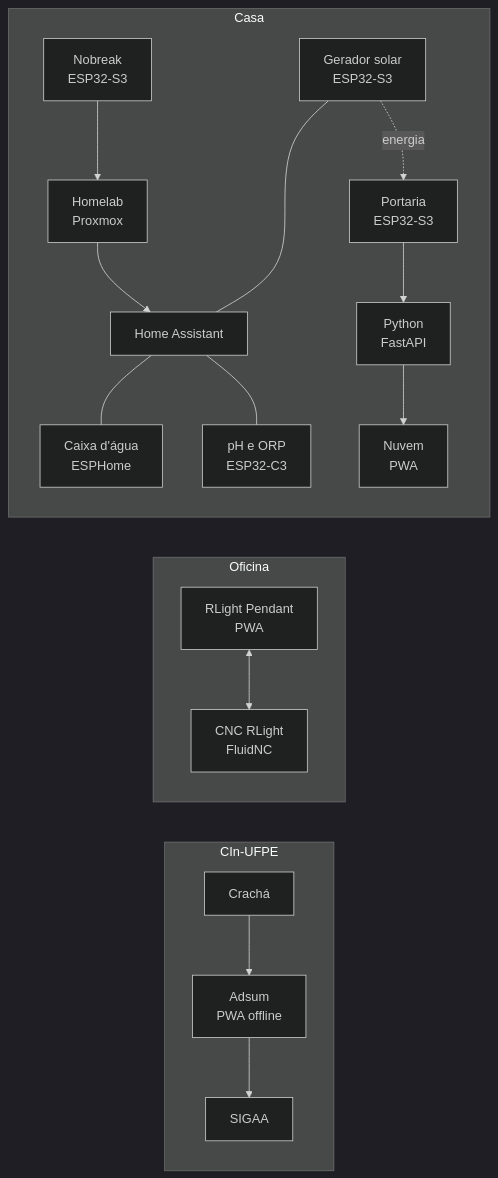
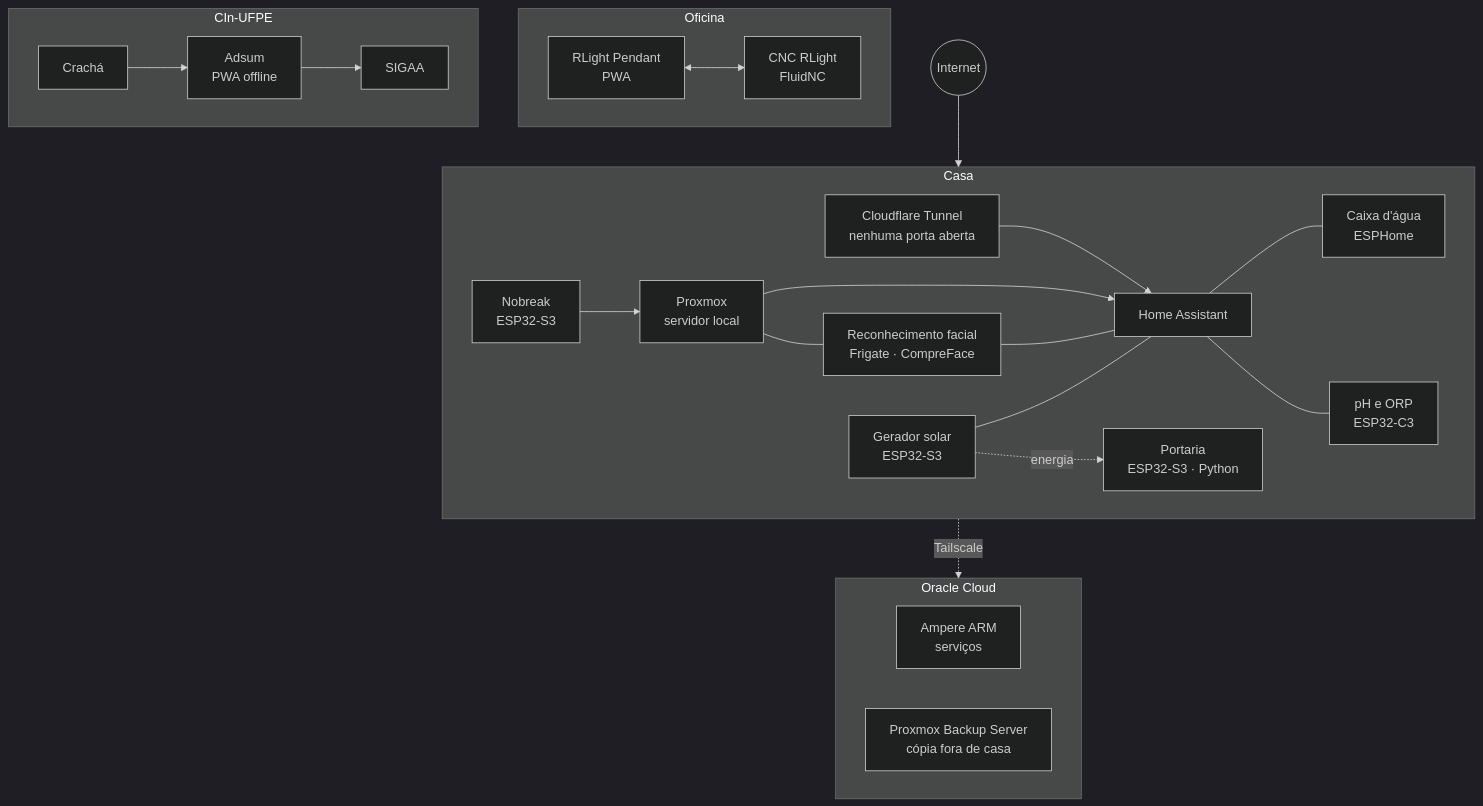
One commit to willianrupert/willianrupert changed the diagram in README.md. Above: the diagram before and after it, drawn with Mermaid (dark theme). The commit also changed other lines of this file, not shown here.

Commit message:
Infraestrutura RLight: casa, Cloudflare Tunnel e Oracle Cloud
Linha da infraestrutura reescrita e mapa reorganizado, com o túnel da
Cloudflare, o reconhecimento facial e o backup no Proxmox Backup Server
da Oracle via Tailscale.

````diff
--- a/README.md
+++ b/README.md
@@ -190,17 +190,29 @@
 ```mermaid
-flowchart LR
+flowchart TB
+  net(("Internet"))
+  subgraph oracle["Oracle Cloud"]
+    direction LR
+    amp["Ampere ARM<br/>serviços"]
+    pbs["Proxmox Backup Server<br/>cópia fora de casa"]
+  end
+  subgraph casa["Casa"]
+    direction LR
+    cf["Cloudflare Tunnel<br/>nenhuma porta aberta"] --> ha["Home Assistant"]
+    nb["Nobreak<br/>ESP32-S3"] --> px["Proxmox<br/>servidor local"] --> ha
+    px --- rf["Reconhecimento facial<br/>Frigate · CompreFace"] --- ha
+    sol["Gerador solar<br/>ESP32-S3"] --- ha
+    ha --- cx["Caixa d'água<br/>ESPHome"]
+    ha --- ph["pH e ORP<br/>ESP32-C3"]
+    sol -. energia .-> hub["Portaria<br/>ESP32-S3 · Python"]
+  end
+  subgraph oficina["Oficina"]
+    direction LR
+    pd["RLight Pendant<br/>PWA"] <--> cnc["CNC RLight<br/>FluidNC"]
+  end
   subgraph cin["CIn-UFPE"]
+    direction LR
     cr["Crachá"] --> ad["Adsum<br/>PWA offline"] --> sg["SIGAA"]
   end
-  subgraph oficina["Oficina"]
-    pd["RLight Pendant<br/>PWA"] <--> cnc["CNC RLight<br/>FluidNC"]
-  end
-  subgraph casa["Casa"]
-    nb["Nobreak<br/>ESP32-S3"] --> px["Homelab<br/>Proxmox"] --> ha["Home Assistant"]
-    ha --- cx["Caixa d'água<br/>ESPHome"]
-    ha --- ph["pH e ORP<br/>ESP32-C3"]
-    sol["Gerador solar<br/>ESP32-S3"] --- ha
-    sol -. energia .-> hub
-    hub["Portaria<br/>ESP32-S3"] --> py["Python<br/>FastAPI"] --> nv["Nuvem<br/>PWA"]
-  end
+  net --> cf
+  px -. Tailscale .-> pbs
 ```
````
